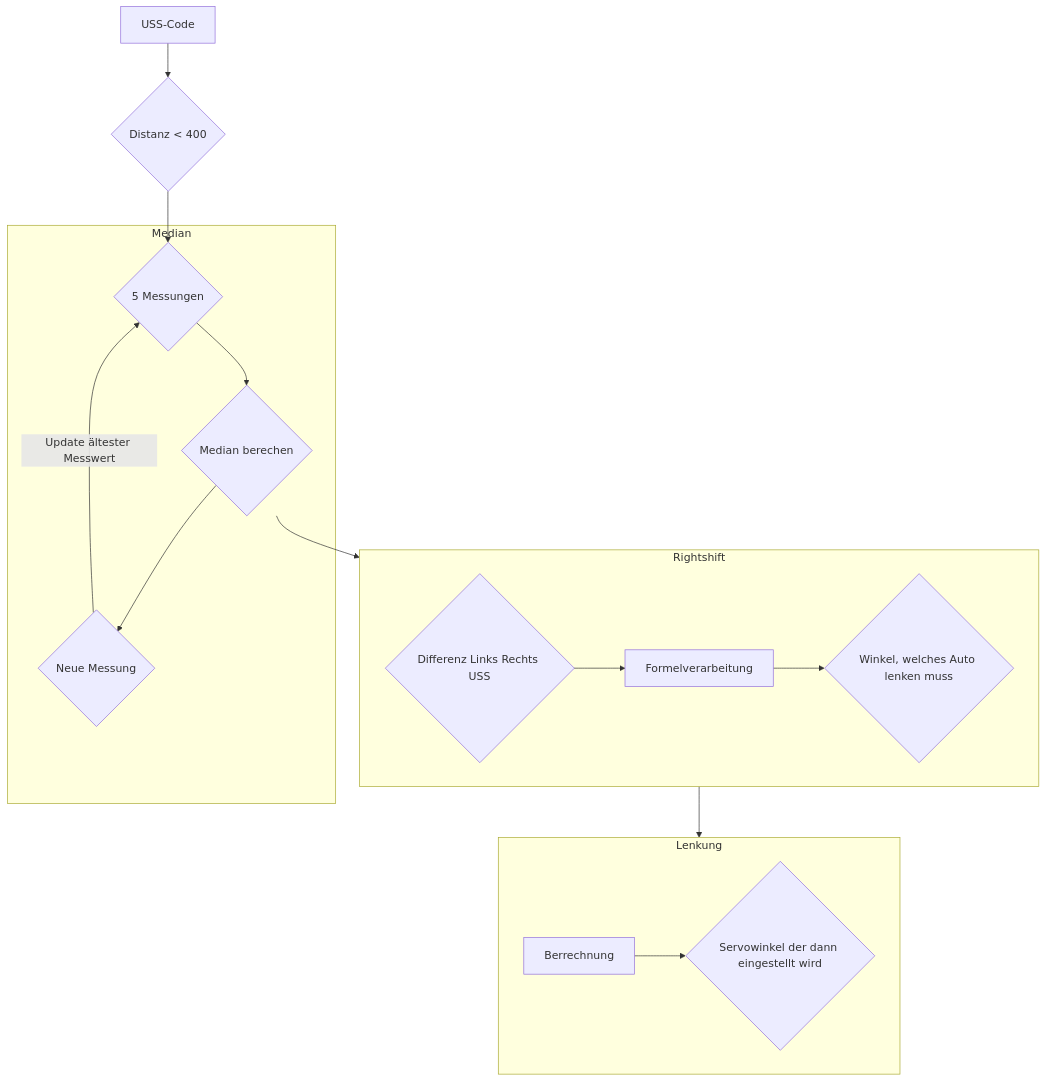
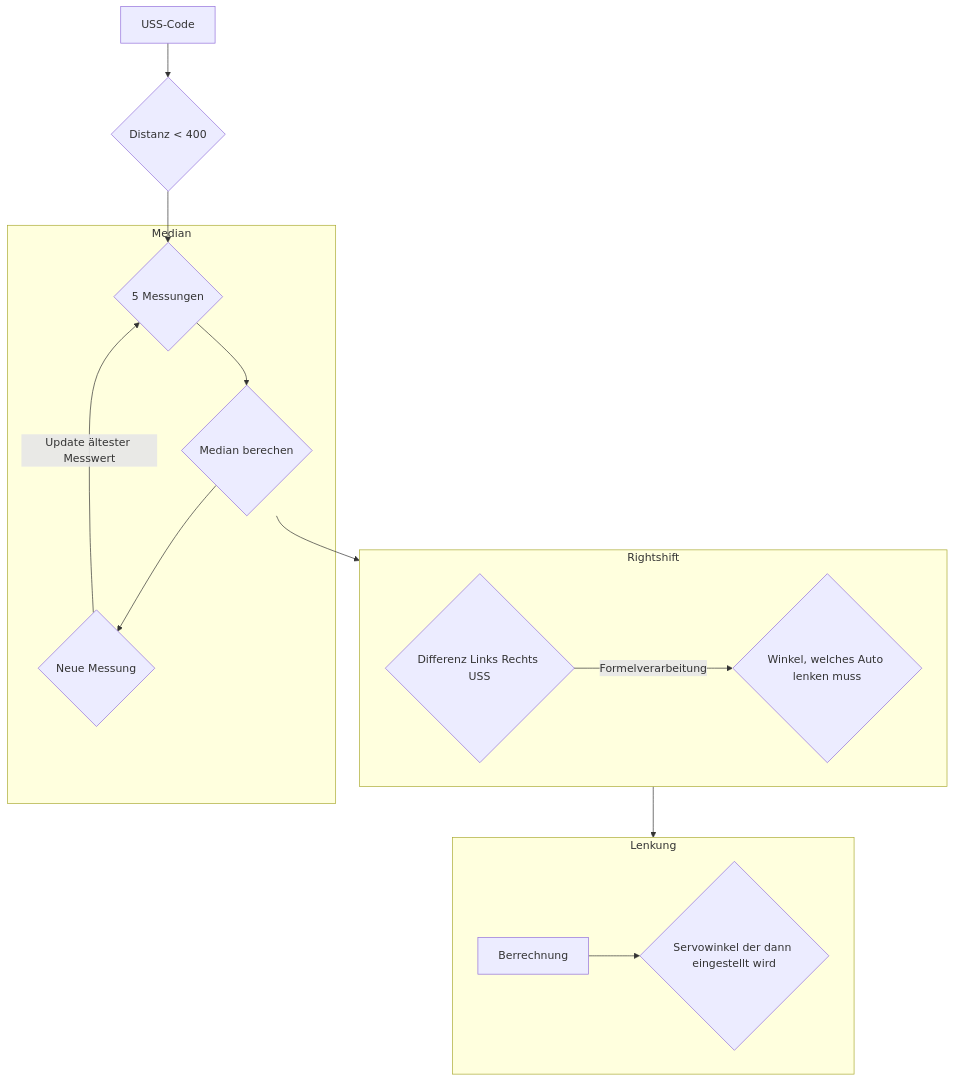
The diagram in Programme/Eröffnungsrennen/README.md (SchroedingersBit/PfortGTPanama), drawn with Mermaid before and after one commit.

````diff
--- a/Programme/Eröffnungsrennen/README.md
+++ b/Programme/Eröffnungsrennen/README.md
@@ -5,17 +5,17 @@
 ```mermaid
 flowchart TB;
 USS-Code --> D{Distanz < 400} --> M{5 Messungen};
 subgraph Median
 M-->ME{Median berechen} -->N{Neue Messung} -->|Update ältester Messwert| M;
 end
 ME --> Rightshift;
 
 subgraph Rightshift
-LR{Differenz Links Rechts USS} --> Formelverarbeitung --> W{Winkel, welches Auto lenken muss};
+LR{Differenz Links Rechts USS} --> |Formelverarbeitung| W{Winkel, welches Auto lenken muss};
 end
 Rightshift --> Lenkung;
 
 subgraph Lenkung
 Berrechnung --> S{Servowinkel der dann eingestellt wird}
 end
 ```
````
